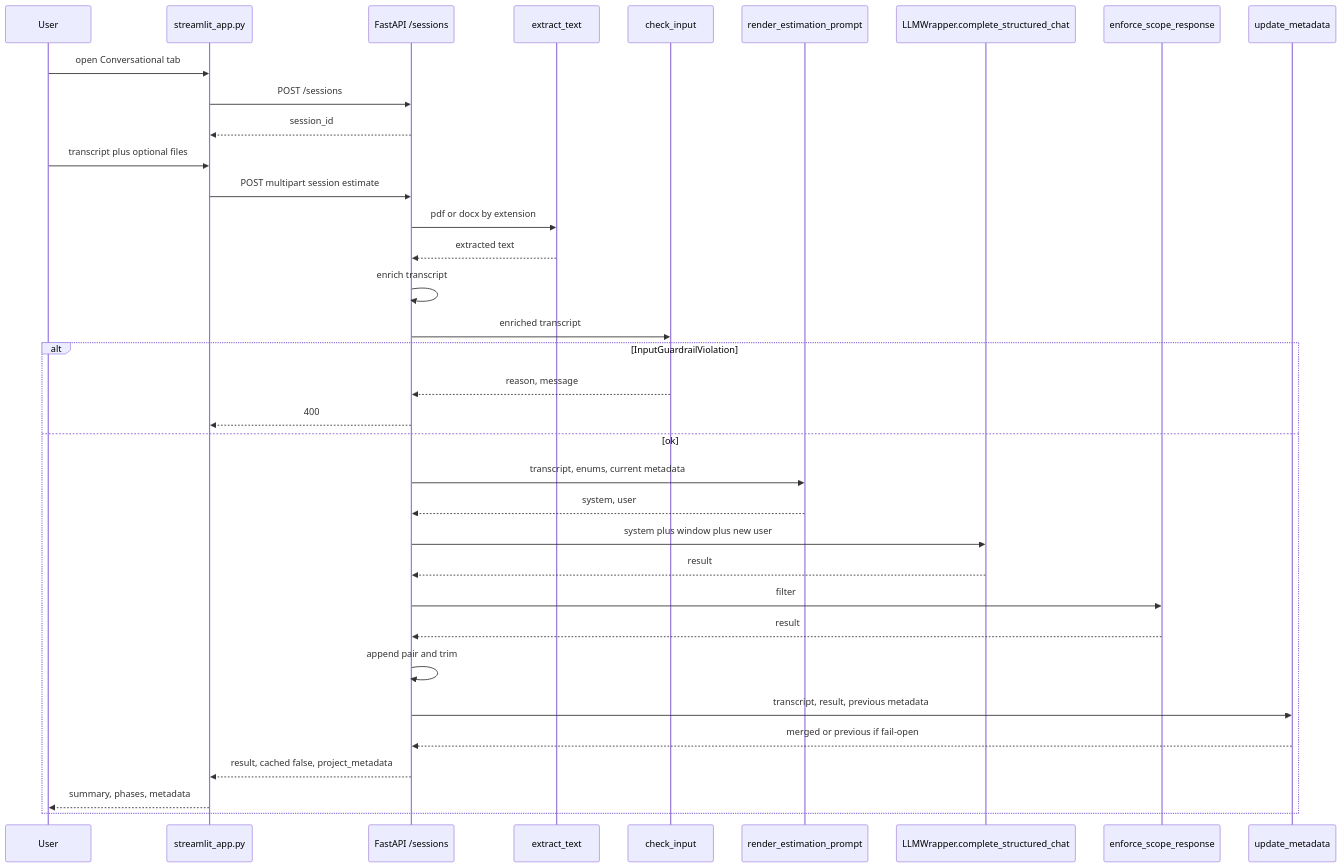
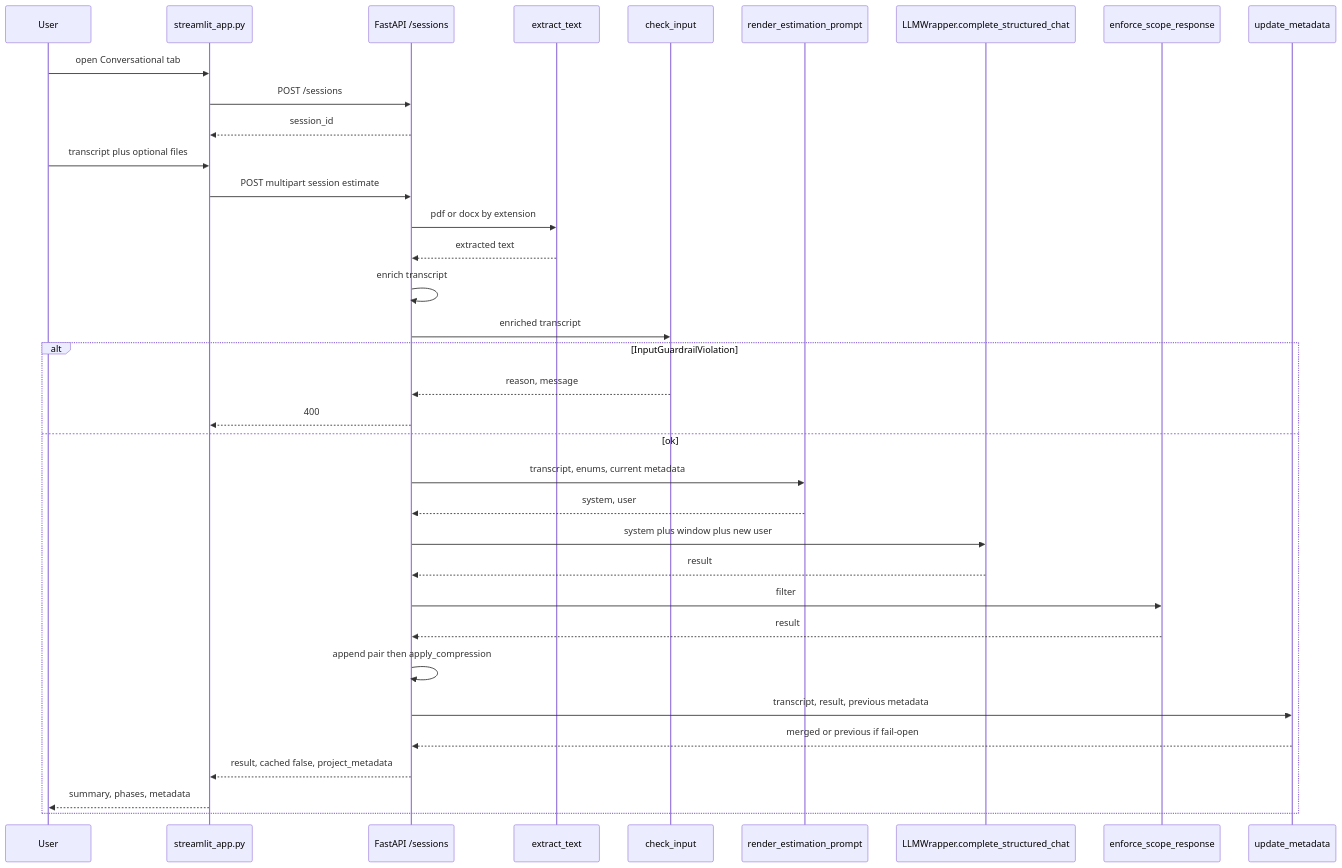
The diagram in estimador-cag/docs/conversational-sequence.mmd (morales4dev/ai-engineering), drawn with Mermaid before and after one commit. The commit also changed 9 other files, not shown here.

```diff
--- a/estimador-cag/docs/conversational-sequence.mmd
+++ b/estimador-cag/docs/conversational-sequence.mmd
@@ -1,36 +1,36 @@
 sequenceDiagram
     participant CUser as User
     participant CUI as streamlit_app.py
     participant CAPI as FastAPI /sessions
     participant CAttach as extract_text
     participant CIn as check_input
     participant CLoader as render_estimation_prompt
     participant CW as LLMWrapper.complete_structured_chat
     participant COut as enforce_scope_response
     participant CExt as update_metadata
 
     CUser->>CUI: open Conversational tab
     CUI->>CAPI: POST /sessions
     CAPI-->>CUI: session_id
     CUser->>CUI: transcript plus optional files
     CUI->>CAPI: POST multipart session estimate
     CAPI->>CAttach: pdf or docx by extension
     CAttach-->>CAPI: extracted text
     CAPI->>CAPI: enrich transcript
     CAPI->>CIn: enriched transcript
     alt InputGuardrailViolation
         CIn-->>CAPI: reason, message
         CAPI-->>CUI: 400
     else ok
         CAPI->>CLoader: transcript, enums, current metadata
         CLoader-->>CAPI: system, user
         CAPI->>CW: system plus window plus new user
         CW-->>CAPI: result
         CAPI->>COut: filter
         COut-->>CAPI: result
-        CAPI->>CAPI: append pair and trim
+        CAPI->>CAPI: append pair then apply_compression
         CAPI->>CExt: transcript, result, previous metadata
         CExt-->>CAPI: merged or previous if fail-open
         CAPI-->>CUI: result, cached false, project_metadata
         CUI-->>CUser: summary, phases, metadata
     end
```
